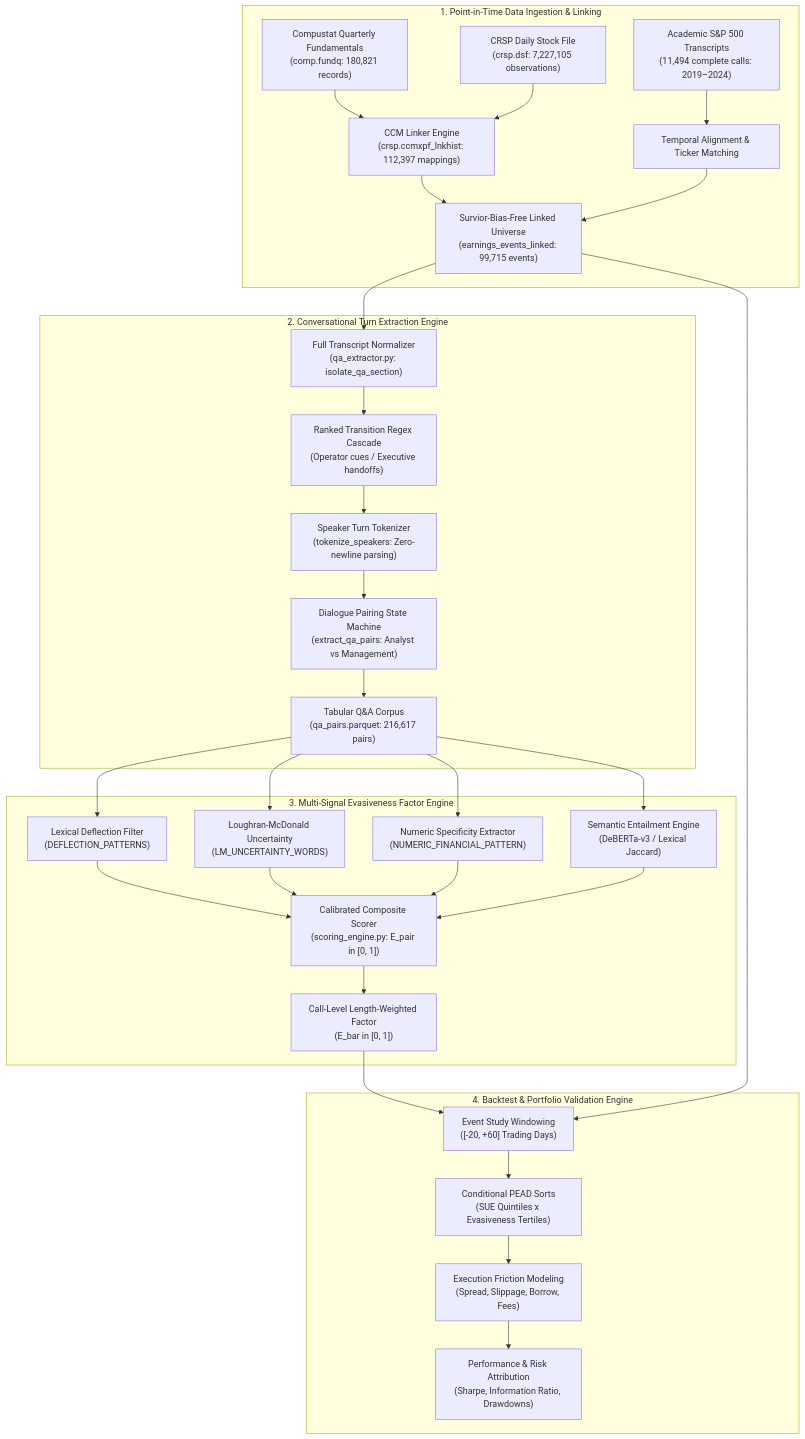
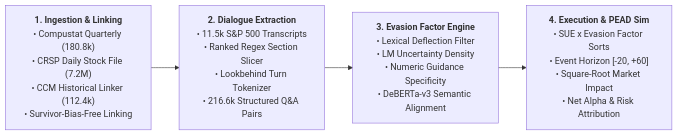
The diagram in README.md (s-ishaan/pead-evasion-nlp), drawn with Mermaid before and after one commit. The commit also changed other lines of this file, not shown here.

Commit message:
Streamline Section 3 pipeline architecture with clean horizontal flowchart and data flow matrix

````diff
--- a/README.md
+++ b/README.md
@@ -168,35 +168,7 @@
 ```mermaid
-flowchart TD
-    subgraph DataIngestion["1. Point-in-Time Data Ingestion & Linking"]
-        A1["Compustat Quarterly Fundamentals<br/>(comp.fundq: 180,821 records)"] --> B1["CCM Linker Engine<br/>(crsp.ccmxpf_lnkhist: 112,397 mappings)"]
-        A2["CRSP Daily Stock File<br/>(crsp.dsf: 7,227,105 observations)"] --> B1
-        A3["Academic S&P 500 Transcripts<br/>(11,494 complete calls: 2019–2024)"] --> B2["Temporal Alignment & Ticker Matching"]
-        B1 --> C1["Survior-Bias-Free Linked Universe<br/>(earnings_events_linked: 99,715 events)"]
-        B2 --> C1
-    end
-
-    subgraph NLPExtraction["2. Conversational Turn Extraction Engine"]
-        C1 --> D1["Full Transcript Normalizer<br/>(qa_extractor.py: isolate_qa_section)"]
-        D1 --> D2["Ranked Transition Regex Cascade<br/>(Operator cues / Executive handoffs)"]
-        D2 --> D3["Speaker Turn Tokenizer<br/>(tokenize_speakers: Zero-newline parsing)"]
-        D3 --> D4["Dialogue Pairing State Machine<br/>(extract_qa_pairs: Analyst vs Management)"]
-        D4 --> D5["Tabular Q&A Corpus<br/>(qa_pairs.parquet: 216,617 pairs)"]
-    end
-
-    subgraph ScoringEngine["3. Multi-Signal Evasiveness Factor Engine"]
-        D5 --> E1["Lexical Deflection Filter<br/>(DEFLECTION_PATTERNS)"]
-        D5 --> E2["Loughran-McDonald Uncertainty<br/>(LM_UNCERTAINTY_WORDS)"]
-        D5 --> E3["Numeric Specificity Extractor<br/>(NUMERIC_FINANCIAL_PATTERN)"]
-        D5 --> E4["Semantic Entailment Engine<br/>(DeBERTa-v3 / Lexical Jaccard)"]
-        E1 & E2 & E3 & E4 --> E5["Calibrated Composite Scorer<br/>(scoring_engine.py: E_pair in [0, 1])"]
-        E5 --> E6["Call-Level Length-Weighted Factor<br/>(E_bar in [0, 1])"]
-    end
-
-    subgraph SimulationEngine["4. Backtest & Portfolio Validation Engine"]
-        E6 --> F1["Event Study Windowing<br/>([-20, +60] Trading Days)"]
-        C1 --> F1
-        F1 --> F2["Conditional PEAD Sorts<br/>(SUE Quintiles x Evasiveness Tertiles)"]
-        F2 --> F3["Execution Friction Modeling<br/>(Spread, Slippage, Borrow, Fees)"]
-        F3 --> F4["Performance & Risk Attribution<br/>(Sharpe, Information Ratio, Drawdowns)"]
-    end
+flowchart LR
+    A["<b>1. Ingestion & Linking</b><br/>• Compustat Quarterly (180.8k)<br/>• CRSP Daily Stock File (7.2M)<br/>• CCM Historical Linker (112.4k)<br/>• Survivor-Bias-Free Linking"]
+    --> B["<b>2. Dialogue Extraction</b><br/>• 11.5k S&P 500 Transcripts<br/>• Ranked Regex Section Slicer<br/>• Lookbehind Turn Tokenizer<br/>• 216.6k Structured Q&A Pairs"]
+    --> C["<b>3. Evasion Factor Engine</b><br/>• Lexical Deflection Filter<br/>• LM Uncertainty Density<br/>• Numeric Guidance Specificity<br/>• DeBERTa-v3 Semantic Alignment"]
+    --> D["<b>4. Execution & PEAD Sim</b><br/>• SUE x Evasion Factor Sorts<br/>• Event Horizon [-20, +60]<br/>• Square-Root Market Impact<br/>• Net Alpha & Risk Attribution"]
 ```
````
